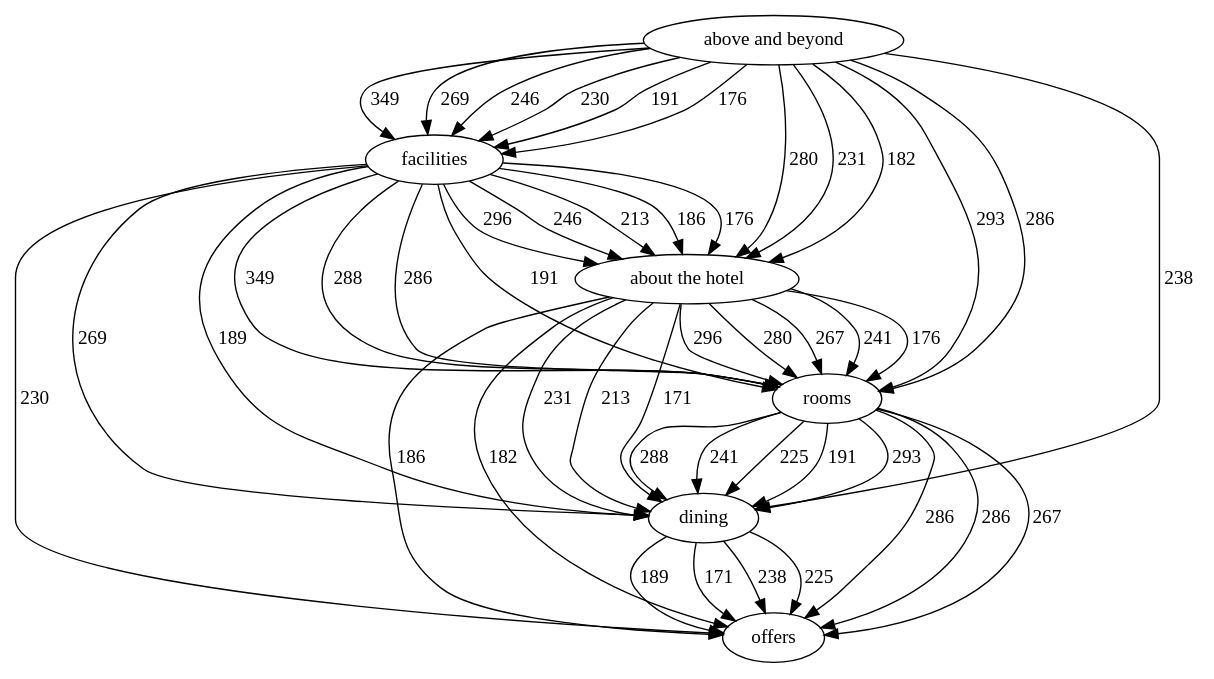
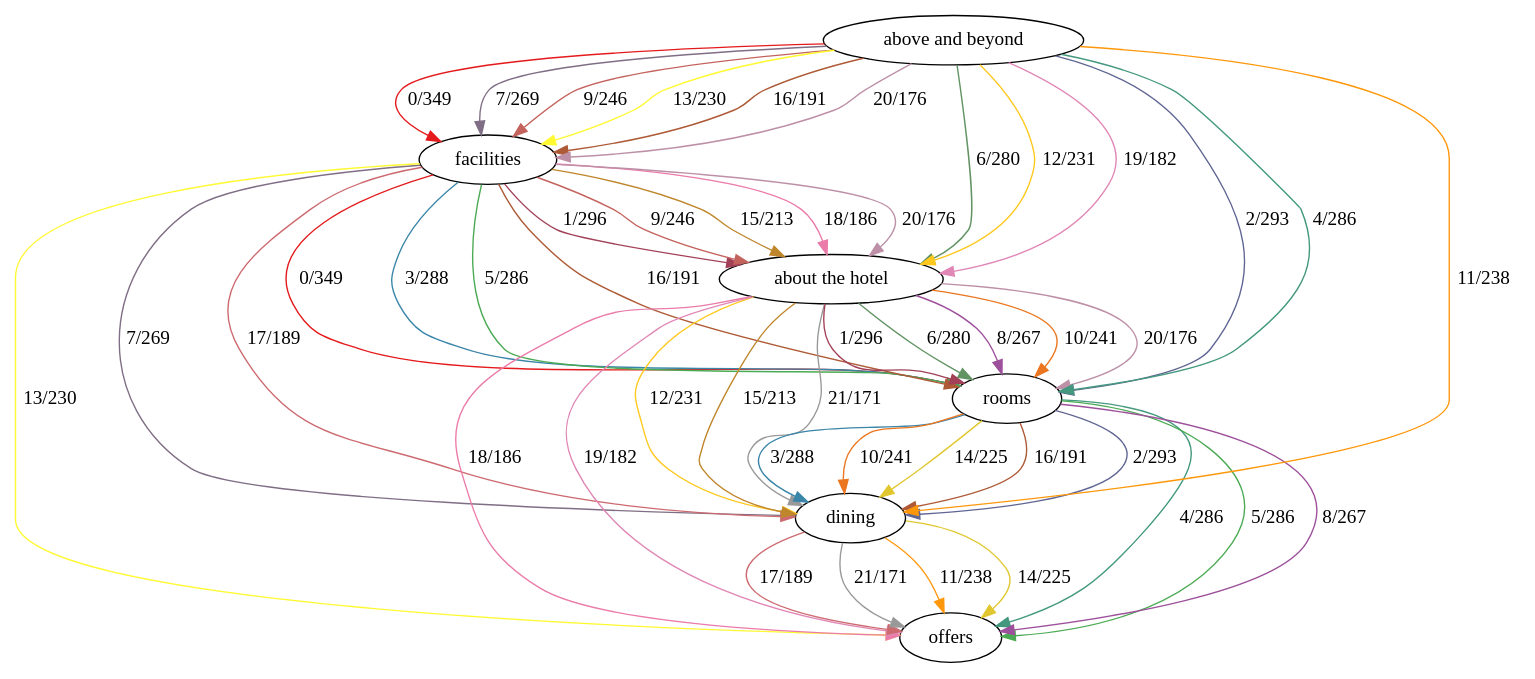
The diagram in dot/pc_requests.dot (alexcu/sit742-a2-report), drawn with Graphviz before and after one commit. The commit also changed 32 other files, not shown here.

Commit message:
Update dot graphs for latest coloring

```diff
--- a/dot/pc_requests.dot
+++ b/dot/pc_requests.dot
@@ -1,55 +1,55 @@
 digraph "" {
 layout="dot";
 facilities;
 "about the hotel";
 dining;
 offers;
 rooms;
 "above and beyond";
-facilities -> dining  [key=0, label=269, weight=269];
-facilities -> dining  [key=1, label=189, weight=189];
-facilities -> offers  [key=0, label=230, weight=230];
-facilities -> rooms  [key=0, label=349, weight=349];
-facilities -> rooms  [key=1, label=288, weight=288];
-facilities -> rooms  [key=2, label=286, weight=286];
-facilities -> rooms  [key=3, label=191, weight=191];
-facilities -> "about the hotel"  [key=0, label=296, weight=296];
-facilities -> "about the hotel"  [key=1, label=246, weight=246];
-facilities -> "about the hotel"  [key=2, label=213, weight=213];
-facilities -> "about the hotel"  [key=3, label=186, weight=186];
-facilities -> "about the hotel"  [key=4, label=176, weight=176];
-"about the hotel" -> dining  [key=0, label=231, weight=231];
-"about the hotel" -> dining  [key=1, label=213, weight=213];
-"about the hotel" -> dining  [key=2, label=171, weight=171];
-"about the hotel" -> offers  [key=0, label=186, weight=186];
-"about the hotel" -> offers  [key=1, label=182, weight=182];
-"about the hotel" -> rooms  [key=0, label=296, weight=296];
-"about the hotel" -> rooms  [key=1, label=280, weight=280];
-"about the hotel" -> rooms  [key=2, label=267, weight=267];
-"about the hotel" -> rooms  [key=3, label=241, weight=241];
-"about the hotel" -> rooms  [key=4, label=176, weight=176];
-dining -> offers  [key=0, label=238, weight=238];
-dining -> offers  [key=1, label=225, weight=225];
-dining -> offers  [key=2, label=189, weight=189];
-dining -> offers  [key=3, label=171, weight=171];
-rooms -> dining  [key=0, label=293, weight=293];
-rooms -> dining  [key=1, label=288, weight=288];
-rooms -> dining  [key=2, label=241, weight=241];
-rooms -> dining  [key=3, label=225, weight=225];
-rooms -> dining  [key=4, label=191, weight=191];
-rooms -> offers  [key=0, label=286, weight=286];
-rooms -> offers  [key=1, label=286, weight=286];
-rooms -> offers  [key=2, label=267, weight=267];
-"above and beyond" -> dining  [key=0, label=238, weight=238];
-"above and beyond" -> facilities  [key=0, label=349, weight=349];
-"above and beyond" -> facilities  [key=1, label=269, weight=269];
-"above and beyond" -> facilities  [key=2, label=246, weight=246];
-"above and beyond" -> facilities  [key=3, label=230, weight=230];
-"above and beyond" -> facilities  [key=4, label=191, weight=191];
-"above and beyond" -> facilities  [key=5, label=176, weight=176];
-"above and beyond" -> rooms  [key=0, label=293, weight=293];
-"above and beyond" -> rooms  [key=1, label=286, weight=286];
-"above and beyond" -> "about the hotel"  [key=0, label=280, weight=280];
-"above and beyond" -> "about the hotel"  [key=1, label=231, weight=231];
-"above and beyond" -> "about the hotel"  [key=2, label=182, weight=182];
+facilities -> dining  [color="#7f6e85", key=0, label="7/269", weight=269];
+facilities -> dining  [color="#cd6a70", key=1, label="17/189", weight=189];
+facilities -> offers  [color="#fff931", key=0, label="13/230", weight=230];
+facilities -> rooms  [color="#e41a1c", key=0, label="0/349", weight=349];
+facilities -> rooms  [color="#3a85a8", key=1, label="3/288", weight=288];
+facilities -> rooms  [color="#4baa54", key=2, label="5/286", weight=286];
+facilities -> rooms  [color="#ae5a36", key=3, label="16/191", weight=191];
+facilities -> "about the hotel"  [color="#a24057", key=0, label="1/296", weight=296];
+facilities -> "about the hotel"  [color="#c4635d", key=1, label="9/246", weight=246];
+facilities -> "about the hotel"  [color="#bf862b", key=2, label="15/213", weight=213];
+facilities -> "about the hotel"  [color="#eb7ba9", key=3, label="18/186", weight=186];
+facilities -> "about the hotel"  [color="#bd90a7", key=4, label="20/176", weight=176];
+"about the hotel" -> dining  [color="#ffc81d", key=0, label="12/231", weight=231];
+"about the hotel" -> dining  [color="#bf862b", key=1, label="15/213", weight=213];
+"about the hotel" -> dining  [color="#999999", key=2, label="21/171", weight=171];
+"about the hotel" -> offers  [color="#eb7ba9", key=0, label="18/186", weight=186];
+"about the hotel" -> offers  [color="#e187b6", key=1, label="19/182", weight=182];
+"about the hotel" -> rooms  [color="#a24057", key=0, label="1/296", weight=296];
+"about the hotel" -> rooms  [color="#629363", key=1, label="6/280", weight=280];
+"about the hotel" -> rooms  [color="#9d509b", key=2, label="8/267", weight=267];
+"about the hotel" -> rooms  [color="#eb761f", key=3, label="10/241", weight=241];
+"about the hotel" -> rooms  [color="#bd90a7", key=4, label="20/176", weight=176];
+dining -> offers  [color="#ff970a", key=0, label="11/238", weight=238];
+dining -> offers  [color="#e1c72f", key=1, label="14/225", weight=225];
+dining -> offers  [color="#cd6a70", key=2, label="17/189", weight=189];
+dining -> offers  [color="#999999", key=3, label="21/171", weight=171];
+rooms -> dining  [color="#606693", key=0, label="2/293", weight=293];
+rooms -> dining  [color="#3a85a8", key=1, label="3/288", weight=288];
+rooms -> dining  [color="#eb761f", key=2, label="10/241", weight=241];
+rooms -> dining  [color="#e1c72f", key=3, label="14/225", weight=225];
+rooms -> dining  [color="#ae5a36", key=4, label="16/191", weight=191];
+rooms -> offers  [color="#43987e", key=0, label="4/286", weight=286];
+rooms -> offers  [color="#4baa54", key=1, label="5/286", weight=286];
+rooms -> offers  [color="#9d509b", key=2, label="8/267", weight=267];
+"above and beyond" -> dining  [color="#ff970a", key=0, label="11/238", weight=238];
+"above and beyond" -> facilities  [color="#e41a1c", key=0, label="0/349", weight=349];
+"above and beyond" -> facilities  [color="#7f6e85", key=1, label="7/269", weight=269];
+"above and beyond" -> facilities  [color="#c4635d", key=2, label="9/246", weight=246];
+"above and beyond" -> facilities  [color="#fff931", key=3, label="13/230", weight=230];
+"above and beyond" -> facilities  [color="#ae5a36", key=4, label="16/191", weight=191];
+"above and beyond" -> facilities  [color="#bd90a7", key=5, label="20/176", weight=176];
+"above and beyond" -> rooms  [color="#606693", key=0, label="2/293", weight=293];
+"above and beyond" -> rooms  [color="#43987e", key=1, label="4/286", weight=286];
+"above and beyond" -> "about the hotel"  [color="#629363", key=0, label="6/280", weight=280];
+"above and beyond" -> "about the hotel"  [color="#ffc81d", key=1, label="12/231", weight=231];
+"above and beyond" -> "about the hotel"  [color="#e187b6", key=2, label="19/182", weight=182];
 }
```
